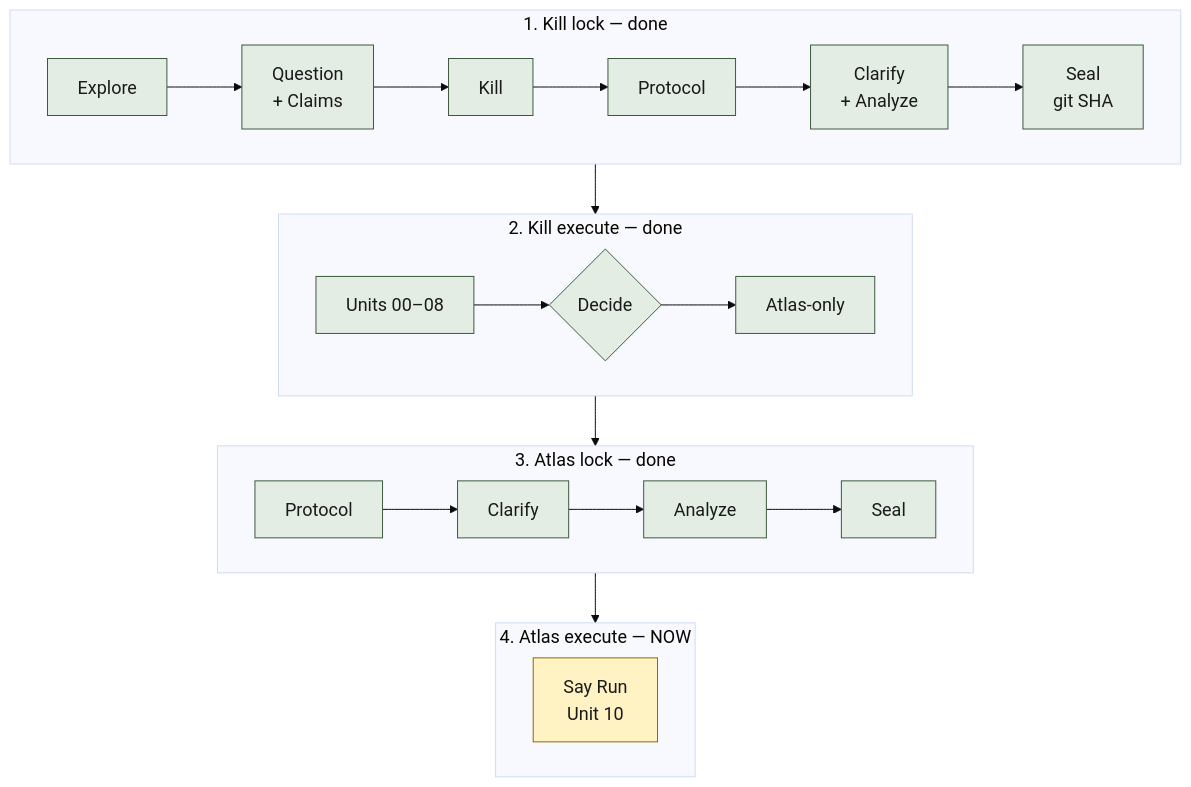
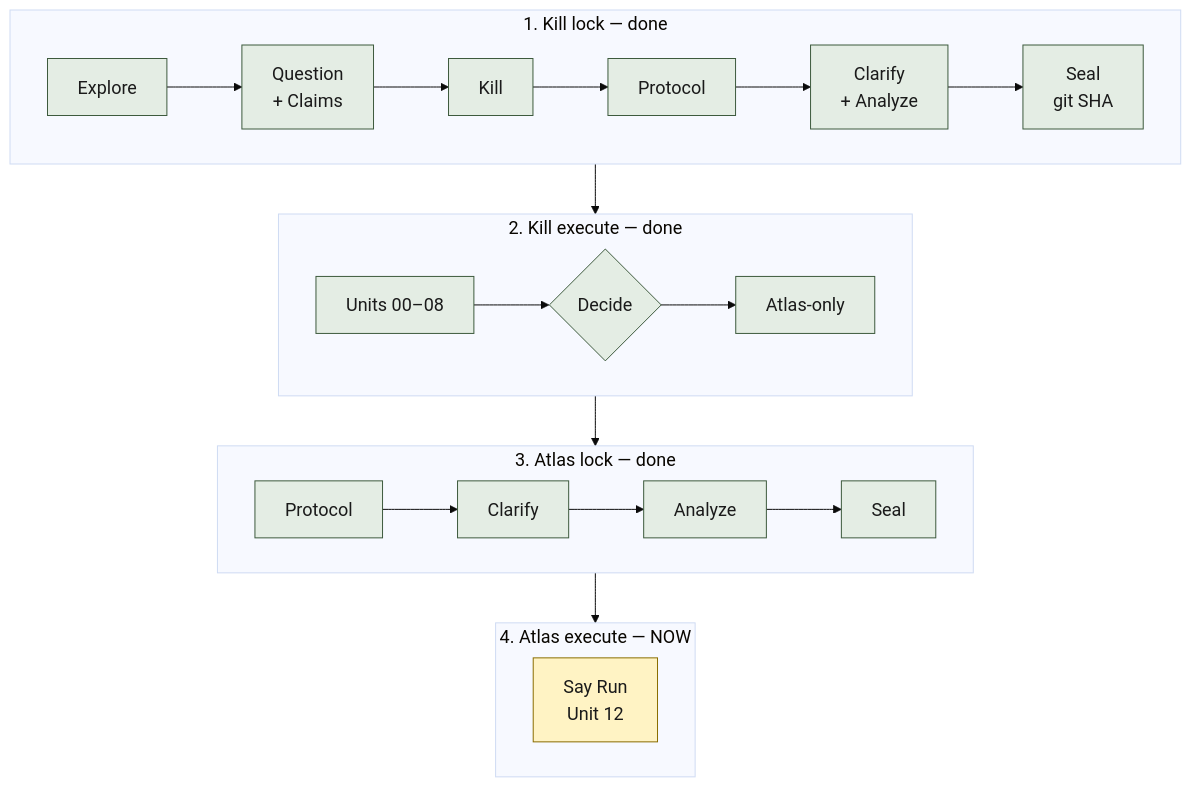
Before and after one commit to cauld/scendo: the diagram in docs/diagrams/seal-loop.mmd, drawn with Mermaid. The commit also changed 18 other files, not shown here.

```diff
--- a/docs/diagrams/seal-loop.mmd
+++ b/docs/diagrams/seal-loop.mmd
@@ -1,37 +1,37 @@
 %%{init: {"theme": "base", "themeVariables": {"fontSize": "18px", "fontFamily": "Helvetica, Arial, sans-serif"}} }%%
 flowchart TB
   subgraph lock["1. Kill lock — done"]
     direction LR
     E[Explore] --> Q[Question<br/>+ Claims]
     Q --> K[Kill]
     K --> P[Protocol]
     P --> CA[Clarify<br/>+ Analyze]
     CA --> S[Seal<br/>git SHA]
   end
 
   subgraph exec["2. Kill execute — done"]
     direction LR
     U[Units 00–08] --> D{Decide}
     D --> AT[Atlas-only]
   end
 
   subgraph atlas["3. Atlas lock — done"]
     direction LR
     AP[Protocol] --> CL[Clarify]
     CL --> AA[Analyze]
     AA --> AS[Seal]
   end
 
   subgraph run["4. Atlas execute — NOW"]
     direction LR
-    R["Say Run<br/>Unit 10"]
+    R["Say Run<br/>Unit 12"]
   end
 
   S --> U
   AT --> AP
   AS --> R
 
   classDef done fill:#E4EDE4,stroke:#3D5A3D,color:#1A1A1A
   classDef now fill:#FFF3C4,stroke:#8A6D00,color:#1A1A1A
   class E,Q,K,P,CA,S,U,D,AT,AP,CL,AA,AS done
   class R now
```
